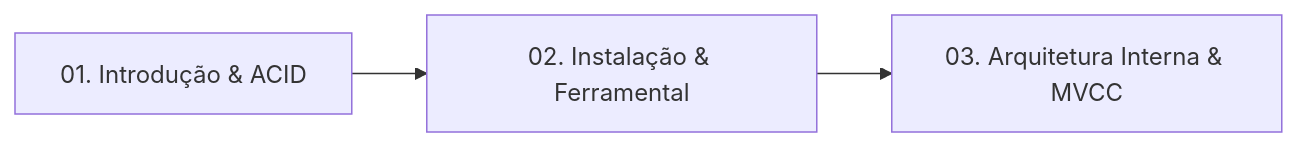
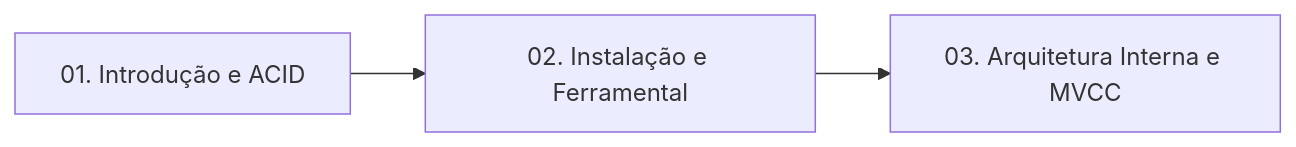
Before and after one commit to diogofragoso/postgresql: the diagram in 01-fundamentos/README.md, drawn with Mermaid. The commit also changed 28 other files, not shown here.

````diff
--- a/01-fundamentos/README.md
+++ b/01-fundamentos/README.md
@@ -17,5 +17,5 @@
 ```mermaid
 flowchart LR
-    A["01. Introdução & ACID"] --> B["02. Instalação & Ferramental"]
-    B --> C["03. Arquitetura Interna & MVCC"]
+    A["01. Introdução e ACID"] --> B["02. Instalação e Ferramental"]
+    B --> C["03. Arquitetura Interna e MVCC"]
 ```
````
